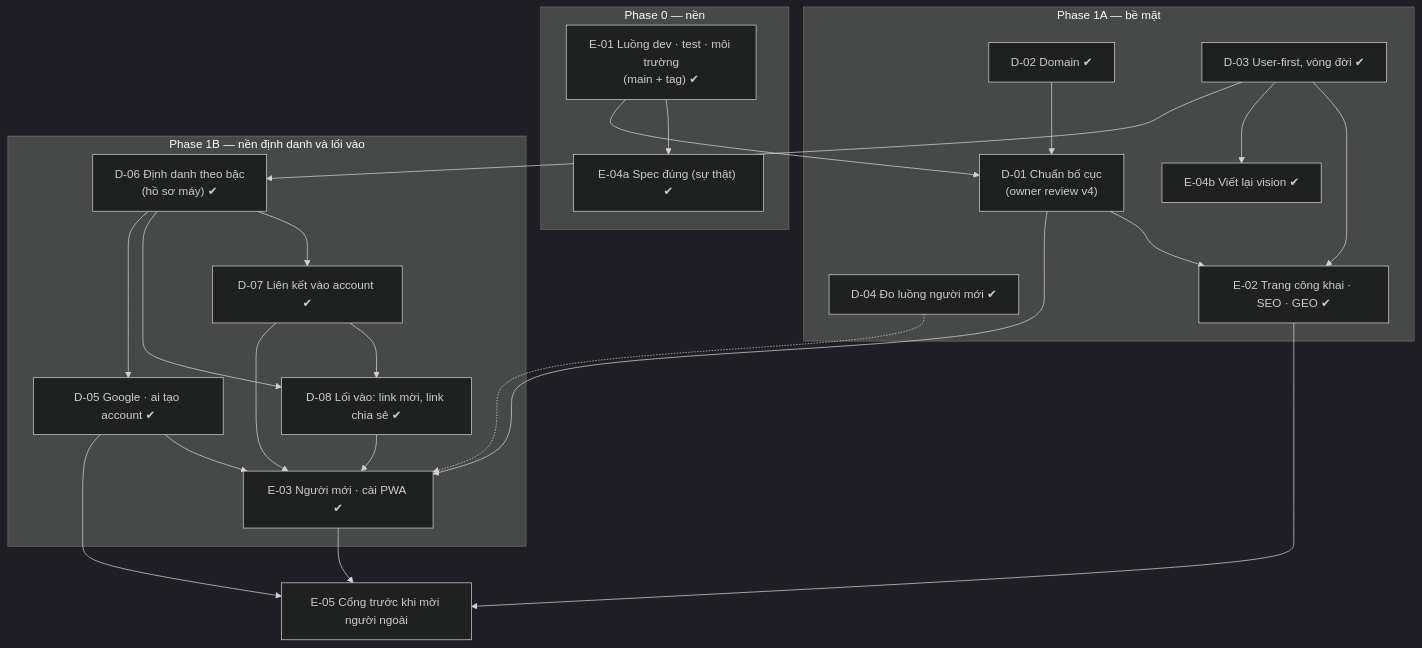
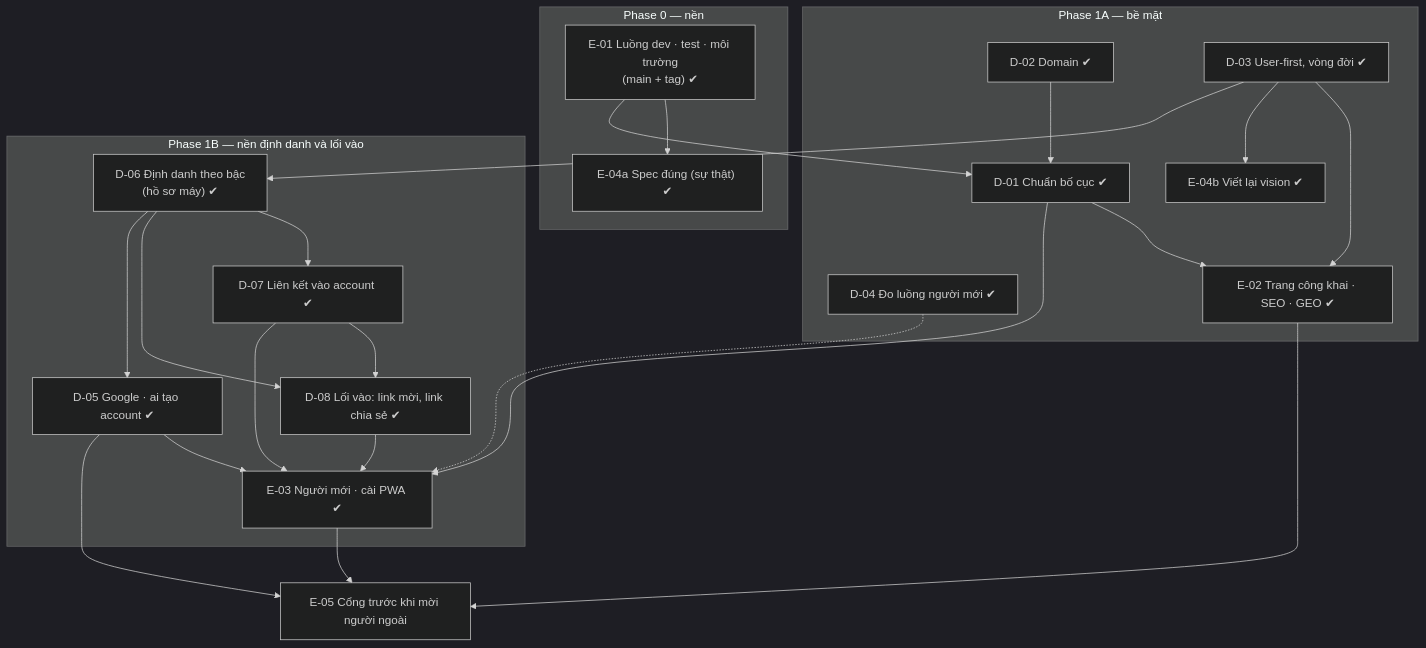
One commit to vinh466/tohe-play changed the diagram in plans/product-surface/map.md. Above: the diagram before and after it, drawn with Mermaid (dark theme). The commit also changed other lines of this file and 8 other files, not shown here.

````diff
--- a/plans/product-surface/map.md
+++ b/plans/product-surface/map.md
@@ -6,43 +6,43 @@
 ```mermaid
 flowchart TD
   subgraph P0 ["Phase 0 — nền"]
     E01["E-01 Luồng dev · test · môi trường<br/>(main + tag) ✔"]
     E04a["E-04a Spec đúng (sự thật) ✔"]
   end
   subgraph P1A ["Phase 1A — bề mặt"]
     D02["D-02 Domain ✔"]
     D03["D-03 User-first, vòng đời ✔"]
-    D01["D-01 Chuẩn bố cục<br/>(owner review v4)"]
+    D01["D-01 Chuẩn bố cục ✔"]
     D04["D-04 Đo luồng người mới ✔"]
     E02["E-02 Trang công khai · SEO · GEO ✔"]
     E04b["E-04b Viết lại vision ✔"]
   end
   subgraph P1B ["Phase 1B — nền định danh và lối vào"]
     D06["D-06 Định danh theo bậc<br/>(hồ sơ máy) ✔"]
     D07["D-07 Liên kết vào account ✔"]
     D08["D-08 Lối vào: link mời, link chia sẻ ✔"]
     D05["D-05 Google · ai tạo account ✔"]
     E03["E-03 Người mới · cài PWA ✔"]
   end
   E05["E-05 Cổng trước khi mời người ngoài"]
 
   E01 --> E04a
   E01 --> D01
   D02 --> D01
   D01 --> E02
   D01 --> E03
   D03 --> E02
   D03 --> E04b
   D03 --> D06
   D06 --> D07
   D06 --> D08
   D07 --> D08
   D06 --> D05
   D05 --> E03
   D07 --> E03
   D08 --> E03
   D04 -.-> E03
   E02 --> E05
   E03 --> E05
   D05 --> E05
 ```
````
